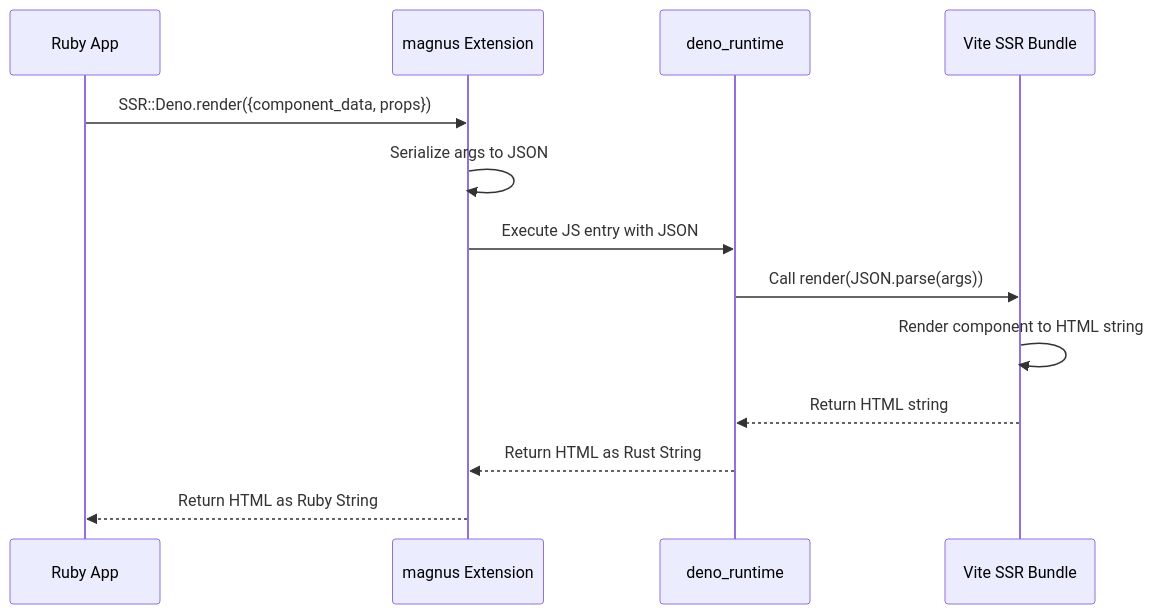
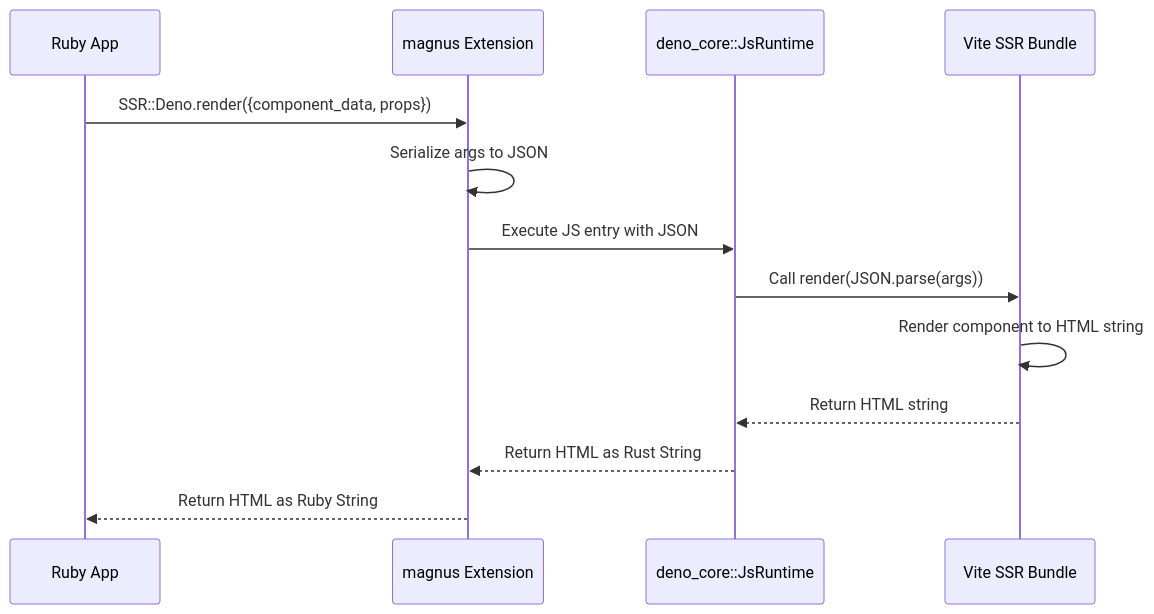
The second of 4 diagrams in plans/architecture.md (mdesantis/ssr-deno), drawn with Mermaid before and after one commit. The commit also changed other lines of this file and 1 other file, not shown here.

First line of the commit message:
Update remaining deno_runtime references to deno_core::JsRuntime

````diff
--- a/plans/architecture.md
+++ b/plans/architecture.md
@@ -31,16 +31,16 @@
 ```mermaid
 sequenceDiagram
     participant Ruby as Ruby App
     participant Ext as magnus Extension
-    participant Deno as deno_runtime
+    participant V8 as deno_core::JsRuntime
     participant JS as Vite SSR Bundle
 
     Ruby->>Ext: SSR::Deno.render({component_data, props})
     Ext->>Ext: Serialize args to JSON
-    Ext->>Deno: Execute JS entry with JSON
-    Deno->>JS: Call render(JSON.parse(args))
+    Ext->>V8: Execute JS entry with JSON
+    V8->>JS: Call render(JSON.parse(args))
     JS->>JS: Render component to HTML string
-    JS-->>Deno: Return HTML string
-    Deno-->>Ext: Return HTML as Rust String
+    JS-->>V8: Return HTML string
+    V8-->>Ext: Return HTML as Rust String
     Ext-->>Ruby: Return HTML as Ruby String
 ```
````
